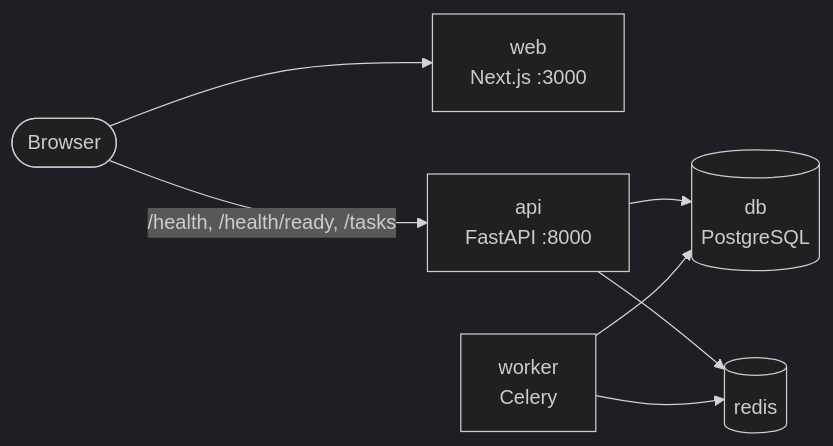
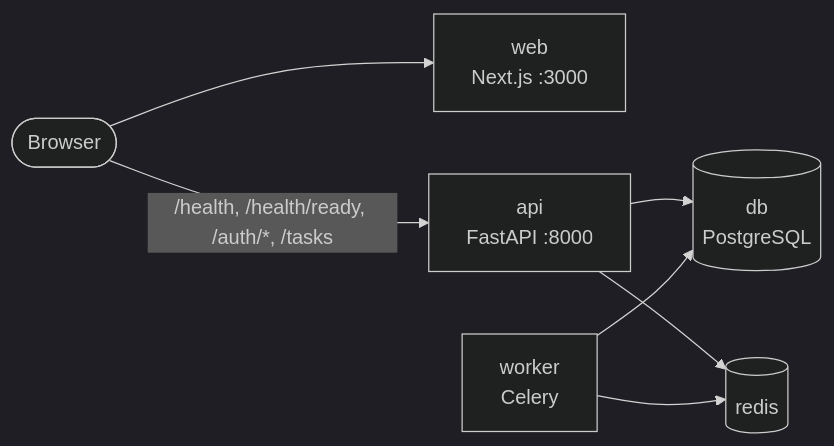
One commit to arbadev/ballasttasks changed the first of 4 diagrams in docs/architecture.md. Above: the diagram before and after it, drawn with Mermaid (dark theme). The commit also changed other lines of this file and 52 other files, not shown here.

````diff
--- a/docs/architecture.md
+++ b/docs/architecture.md
@@ -14,9 +14,9 @@
 ```mermaid
 flowchart LR
     browser([Browser]) --> web[web<br/>Next.js :3000]
-    browser -->|/health, /health/ready, /tasks| api[api<br/>FastAPI :8000]
+    browser -->|/health, /health/ready, /auth/*, /tasks| api[api<br/>FastAPI :8000]
     api --> db[(db<br/>PostgreSQL)]
     api --> redis[(redis)]
     worker[worker<br/>Celery] --> redis
     worker --> db
 ```
````
